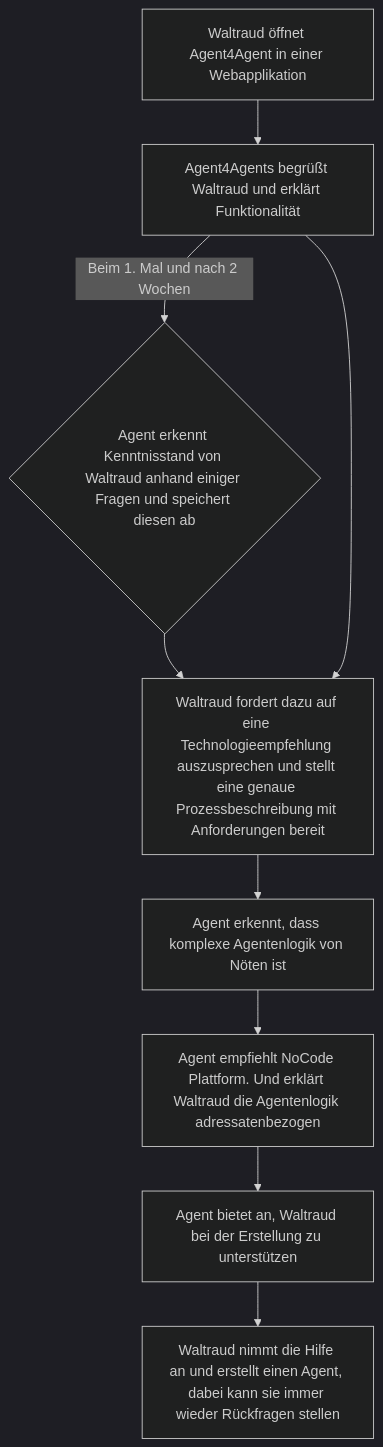
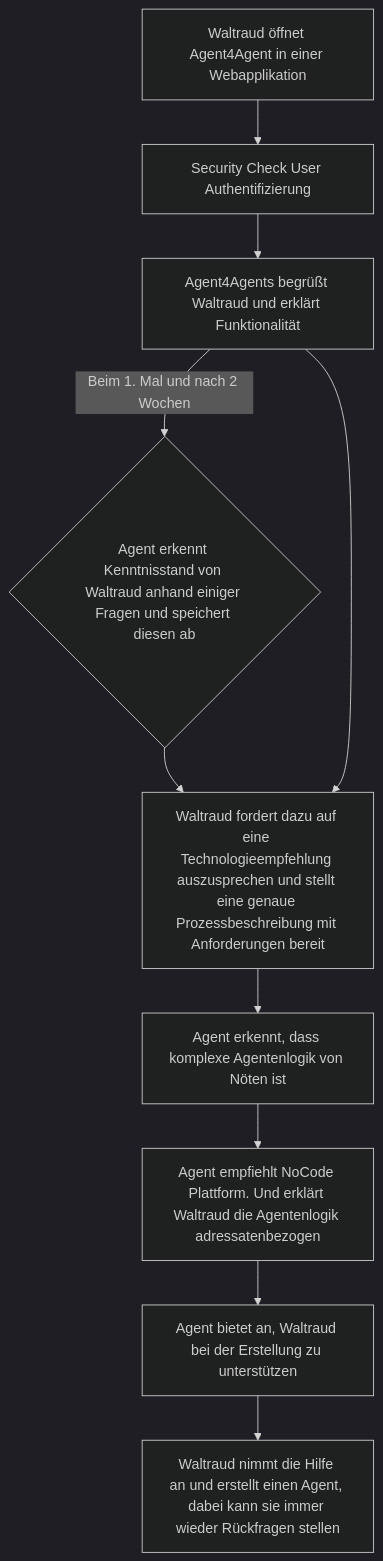
One commit to agentic-ai-ws2526-group-c/agent4agents-documentation changed the third of 4 diagrams in Ideation/User Personas and UseCases.md. Above: the diagram before and after it, drawn with Mermaid (dark theme). The commit also changed other lines of this file, not shown here.

First line of the commit message:
Docs: Added security check (#24)

````diff
--- a/Ideation/User Personas and UseCases.md
+++ b/Ideation/User Personas and UseCases.md
@@ -80,11 +82,12 @@
 ```mermaid
 graph TD
-    A[Waltraud öffnet Agent4Agent in einer Webapplikation] --> B[Agent4Agents begrüßt Waltraud und erklärt Funktionalität];
+    A[Waltraud öffnet Agent4Agent in einer Webapplikation] --> SC[Security Check User Authentifizierung];
+    SC --> B[Agent4Agents begrüßt Waltraud und erklärt Funktionalität];
     B -- "Beim 1. Mal und nach 2 Wochen" --> C{Agent erkennt Kenntnisstand von Waltraud anhand einiger Fragen und speichert diesen ab};
     C --> D[Waltraud fordert dazu auf eine Technologieempfehlung auszusprechen und stellt eine genaue Prozessbeschreibung mit Anforderungen bereit];
     B --> D;
     D --> E[Agent erkennt, dass komplexe Agentenlogik von Nöten ist];
     E --> F[Agent empfiehlt NoCode Plattform. Und erklärt Waltraud die Agentenlogik adressatenbezogen];
     F --> G[Agent bietet an, Waltraud bei der Erstellung zu unterstützen];
     G --> H[Waltraud nimmt die Hilfe an und erstellt einen Agent, dabei kann sie immer wieder Rückfragen stellen];
 ```
````
